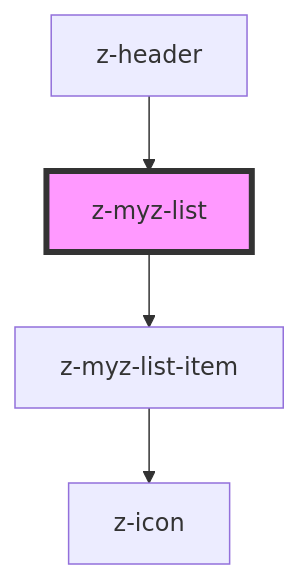
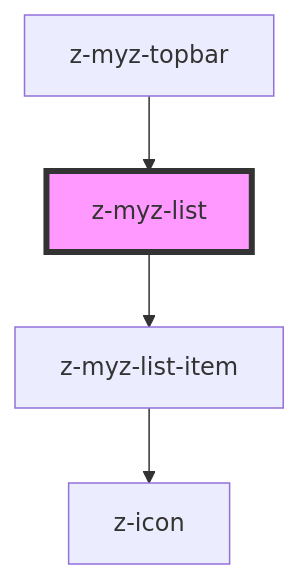
Before and after one commit to ZanichelliEditore/design-system: the diagram in src/snowflakes/myz/list/z-myz-list/readme.md, drawn with Mermaid. The commit also changed other lines of this file and 14 other files, not shown here.

````diff
--- a/src/snowflakes/myz/list/z-myz-list/readme.md
+++ b/src/snowflakes/myz/list/z-myz-list/readme.md
@@ -33,7 +33,7 @@
 ```mermaid
 graph TD;
   z-myz-list --> z-myz-list-item
   z-myz-list-item --> z-icon
-  z-header --> z-myz-list
+  z-myz-topbar --> z-myz-list
   style z-myz-list fill:#f9f,stroke:#333,stroke-width:4px
 ```
````
